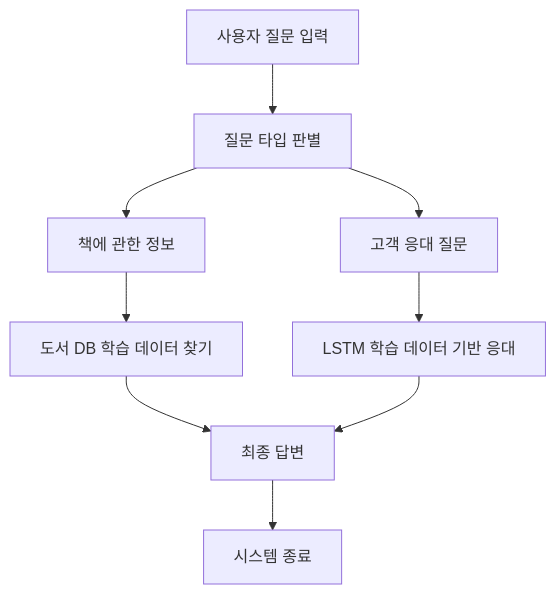
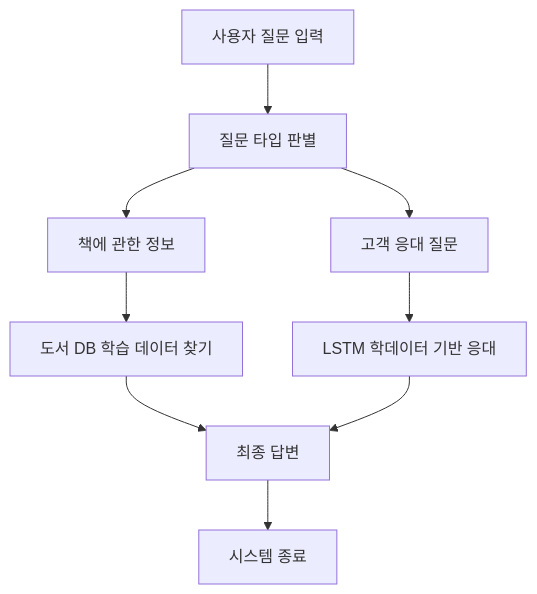
Before and after one commit to Sean9650/Obsidian_PY: the diagram in 99_Notes/발표/챗봇 발표 - 승호.md, drawn with Mermaid. The commit also changed other lines of this file, not shown here.

````diff
--- a/99_Notes/발표/챗봇 발표 - 승호.md
+++ b/99_Notes/발표/챗봇 발표 - 승호.md
@@ -225,11 +225,11 @@
 ```mermaid
 graph TD;
     A["사용자 질문 입력"] --> B["질문 타입 판별"];
     B --> C["고객 응대 질문"];
     B --> D["책에 관한 정보"];
-    C --> E["LSTM 학습 데이터 기반 응대"];
+    C --> E["LSTM 학데이터 기반 응대"];
     D --> H["도서 DB 학습 데이터 찾기"];
     H --> F["최종 답변"];
     E --> F;
     F --> G["시스템 종료"];
 ```
````
